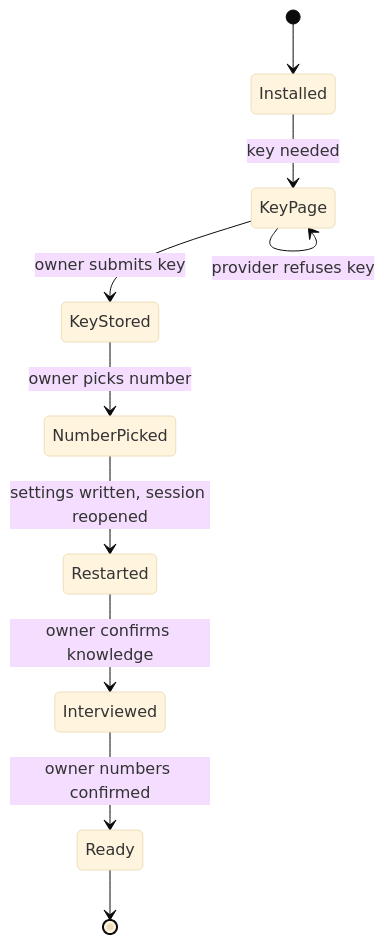
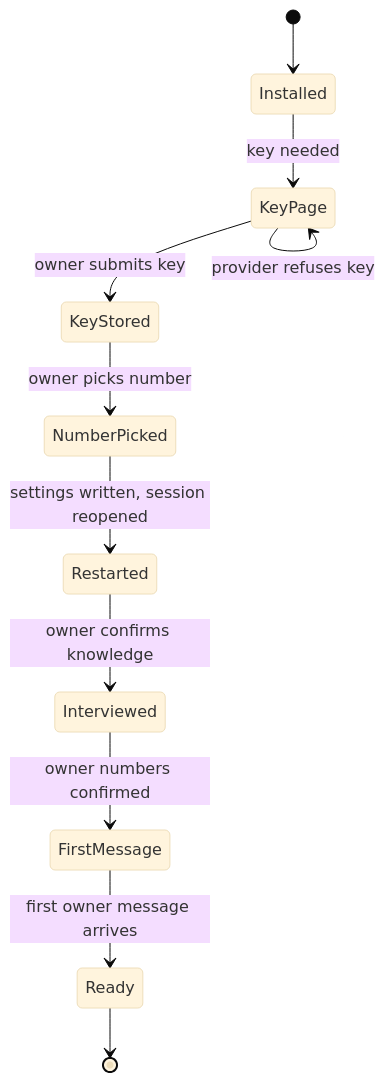
Before and after one commit to antonygiomarxdev/deputy: the diagram in docs/setup/frd/FRD-05-pilot-setup.md, drawn with Mermaid (base theme). The commit also changed other lines of this file and 8 other files, not shown here.

Commit message:
docs: apply the review notes to the Setup skill loop: reopen from the shortcut, first message gates Ready, proposed rows

````diff
--- a/docs/setup/frd/FRD-05-pilot-setup.md
+++ b/docs/setup/frd/FRD-05-pilot-setup.md
@@ -99,12 +98,13 @@
 ```mermaid
 stateDiagram-v2
   [*] --> Installed
   Installed --> KeyPage: key needed
   KeyPage --> KeyPage: provider refuses key
   KeyPage --> KeyStored: owner submits key
   KeyStored --> NumberPicked: owner picks number
   NumberPicked --> Restarted: settings written, session reopened
   Restarted --> Interviewed: owner confirms knowledge
-  Interviewed --> Ready: owner numbers confirmed
+  Interviewed --> FirstMessage: owner numbers confirmed
+  FirstMessage --> Ready: first owner message arrives
   Ready --> [*]
 ```
````
